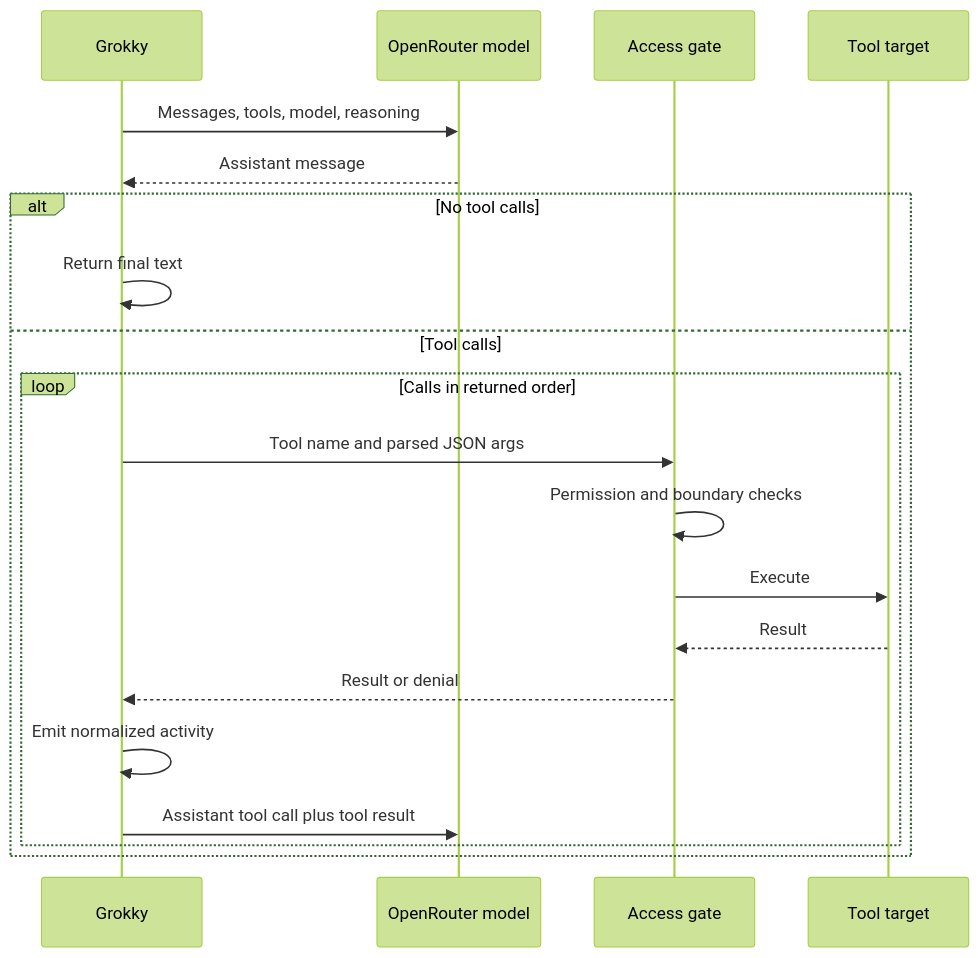
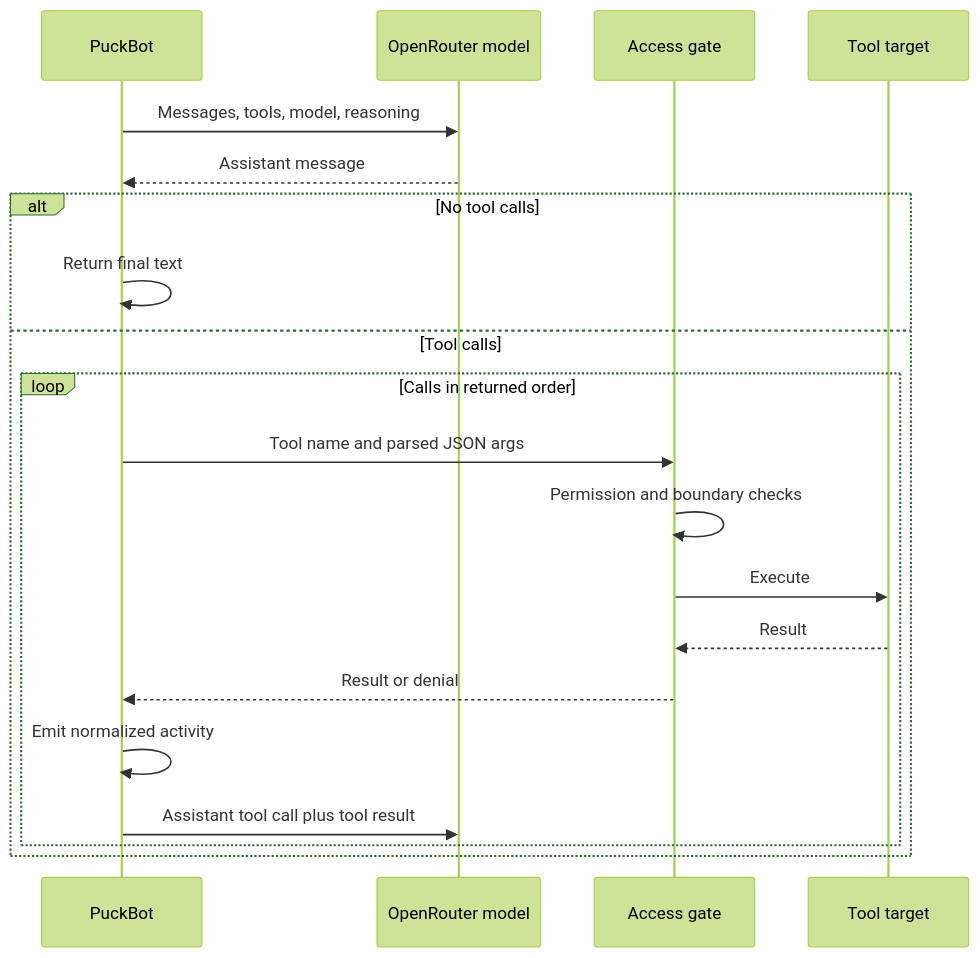
The second of 3 diagrams in docs/OPENROUTER.md (jasonagency/grokky), drawn with Mermaid (forest theme) before and after one commit. The commit also changed other lines of this file and 60 other files, not shown here.

Commit message:
feat(app): migrate identity to PuckBot

````diff
--- a/docs/OPENROUTER.md
+++ b/docs/OPENROUTER.md
@@ -130,23 +131,23 @@
 ```mermaid
 sequenceDiagram
-  participant G as Grokky
+  participant G as PuckBot
   participant O as OpenRouter model
   participant A as Access gate
   participant T as Tool target
 
   G->>O: Messages, tools, model, reasoning
   O-->>G: Assistant message
   alt No tool calls
     G->>G: Return final text
   else Tool calls
     loop Calls in returned order
       G->>A: Tool name and parsed JSON args
       A->>A: Permission and boundary checks
       A->>T: Execute
       T-->>A: Result
       A-->>G: Result or denial
       G->>G: Emit normalized activity
       G->>O: Assistant tool call plus tool result
     end
   end
 ```
````
